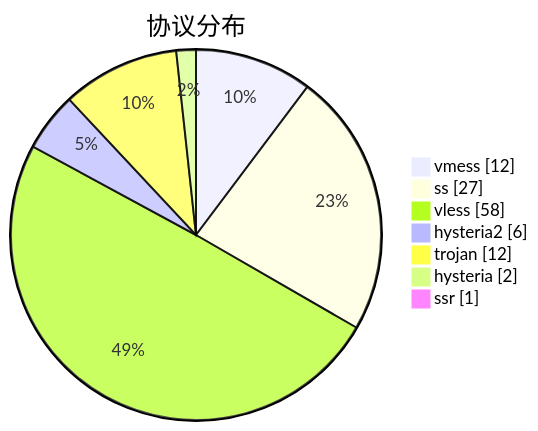
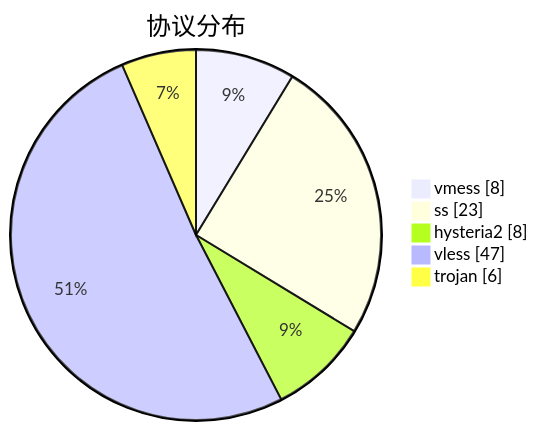
The third of 3 diagrams in subs/statistics/tested_within.md (sinspired/airport), drawn with Mermaid before and after one commit. The commit also changed other lines of this file and 2 other files, not shown here.

````diff
--- a/subs/statistics/tested_within.md
+++ b/subs/statistics/tested_within.md
@@ -33,11 +34,9 @@
 ```mermaid
 pie showData
 title 协议分布
-"vmess" : 12
-"ss" : 27
-"vless" : 58
-"hysteria2" : 6
-"trojan" : 12
-"hysteria" : 2
-"ssr" : 1
+"vmess" : 8
+"ss" : 23
+"hysteria2" : 8
+"vless" : 47
+"trojan" : 6
 ```
````
